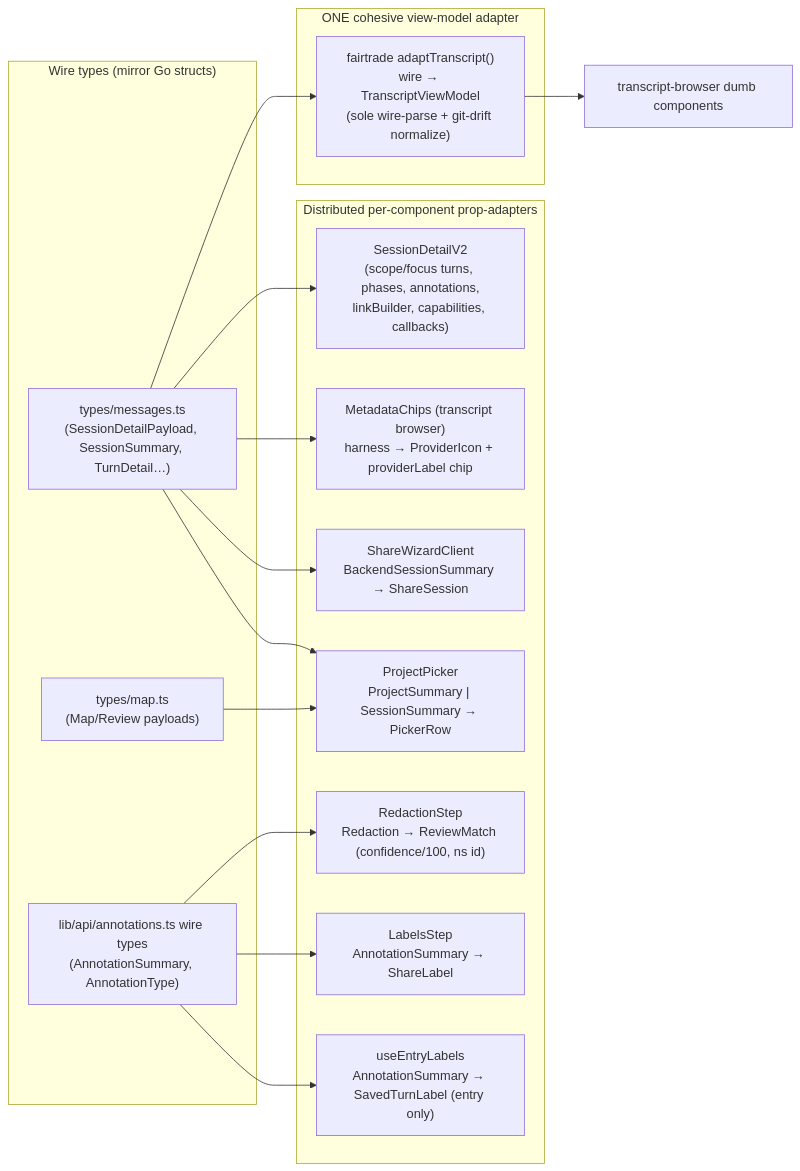
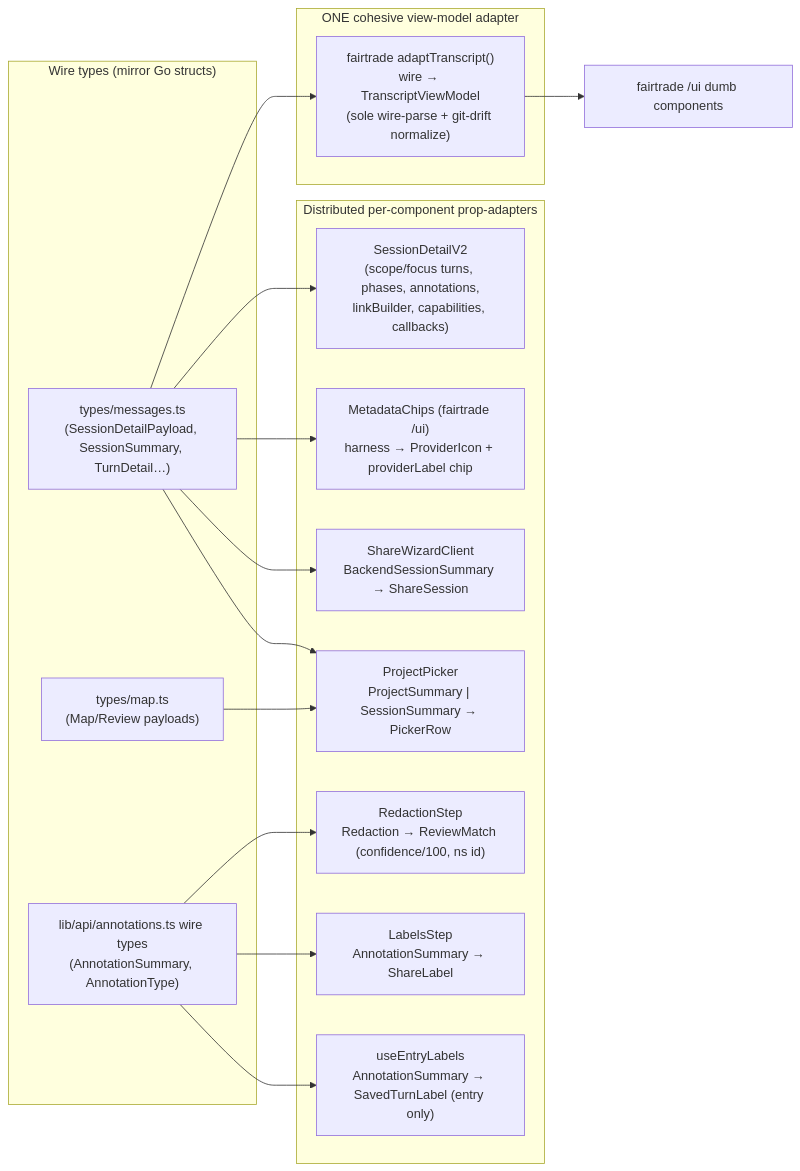
One commit to peasant-labs/peasant changed the third of 3 diagrams in web/docs/data-binding.md. Above: the diagram before and after it, drawn with Mermaid. The commit also changed other lines of this file and 23 other files, not shown here.

First line of the commit message:
refactor(web): import the transcript graph and helpers from fairtrade 0.0.18 (#228)

````diff
--- a/web/docs/data-binding.md
+++ b/web/docs/data-binding.md
@@ -197,33 +196,33 @@
 ```mermaid
 flowchart LR
   subgraph WIRE["Wire types (mirror Go structs)"]
     M["types/messages.ts\n(SessionDetailPayload, SessionSummary, TurnDetail…)"]
     MAPT["types/map.ts\n(Map/Review payloads)"]
     ANT["lib/api/annotations.ts wire types\n(AnnotationSummary, AnnotationType)"]
   end
 
   subgraph COHESIVE["ONE cohesive view-model adapter"]
     AT["fairtrade adaptTranscript()\nwire → TranscriptViewModel\n(sole wire-parse + git-drift normalize)"]
   end
 
   subgraph DIST["Distributed per-component prop-adapters"]
     SV["SessionDetailV2\n(scope/focus turns, phases, annotations,\nlinkBuilder, capabilities, callbacks)"]
-    PI["MetadataChips (transcript browser)\nharness → ProviderIcon + providerLabel chip"]
+    PI["MetadataChips (fairtrade /ui)\nharness → ProviderIcon + providerLabel chip"]
     RS["RedactionStep\nRedaction → ReviewMatch (confidence/100, ns id)"]
     LS["LabelsStep\nAnnotationSummary → ShareLabel"]
     UEL["useEntryLabels\nAnnotationSummary → SavedTurnLabel (entry only)"]
     SW["ShareWizardClient\nBackendSessionSummary → ShareSession"]
     PP["ProjectPicker\nProjectSummary | SessionSummary → PickerRow"]
   end
 
   M --> AT
   M --> SV
   M --> PI
   M --> SW
   M --> PP
   MAPT --> PP
   ANT --> RS
   ANT --> LS
   ANT --> UEL
-  AT --> TBV["transcript-browser dumb components"]
+  AT --> TBV["fairtrade /ui dumb components"]
 ```
````
